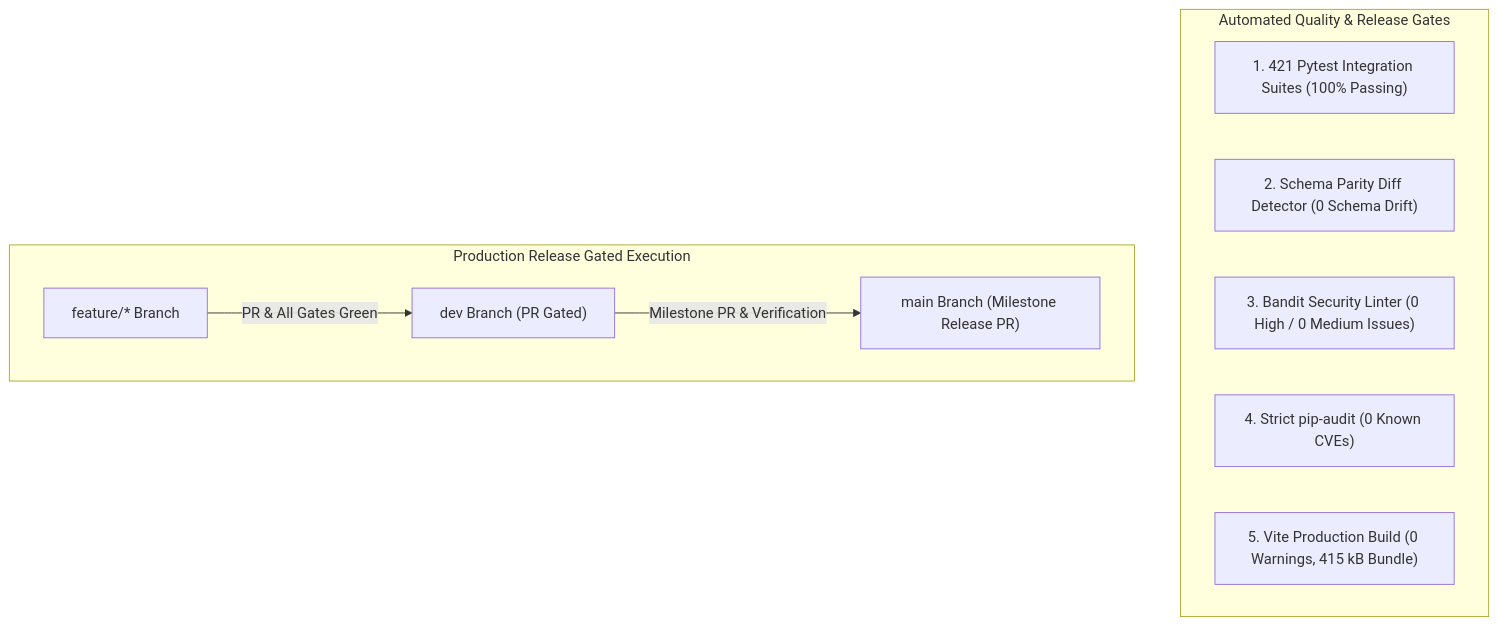
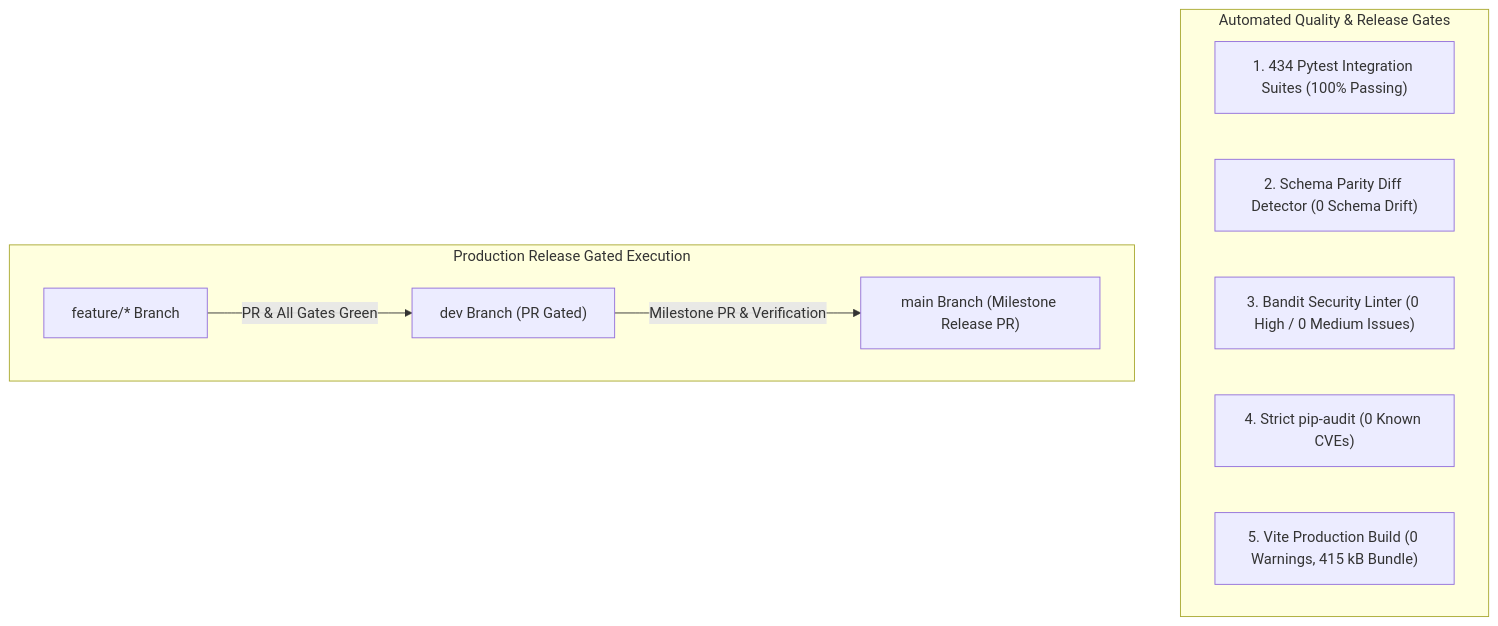
Before and after one commit to Perseus37/avinya_hms_v1: the diagram in docs/complete_guide/10_TESTING_QA_AND_RELEASE_GOVERNANCE.md, drawn with Mermaid. The commit also changed other lines of this file and 7 other files, not shown here.

````diff
--- a/docs/complete_guide/10_TESTING_QA_AND_RELEASE_GOVERNANCE.md
+++ b/docs/complete_guide/10_TESTING_QA_AND_RELEASE_GOVERNANCE.md
@@ -16,18 +16,18 @@
 ```mermaid
 flowchart TD
     subgraph GATES["Automated Quality & Release Gates"]
-        PYTEST["1. 421 Pytest Integration Suites (100% Passing)"]
+        PYTEST["1. 434 Pytest Integration Suites (100% Passing)"]
         DIFF["2. Schema Parity Diff Detector (0 Schema Drift)"]
         BANDIT["3. Bandit Security Linter (0 High / 0 Medium Issues)"]
         AUDIT["4. Strict pip-audit (0 Known CVEs)"]
         BUILD["5. Vite Production Build (0 Warnings, 415 kB Bundle)"]
     end
 
     subgraph RELEASE["Production Release Gated Execution"]
         FEATURE["feature/* Branch"]
         DEV["dev Branch (PR Gated)"]
         MAIN["main Branch (Milestone Release PR)"]
     end
 
     FEATURE -->|PR & All Gates Green| DEV -->|Milestone PR & Verification| MAIN
 ```
````
